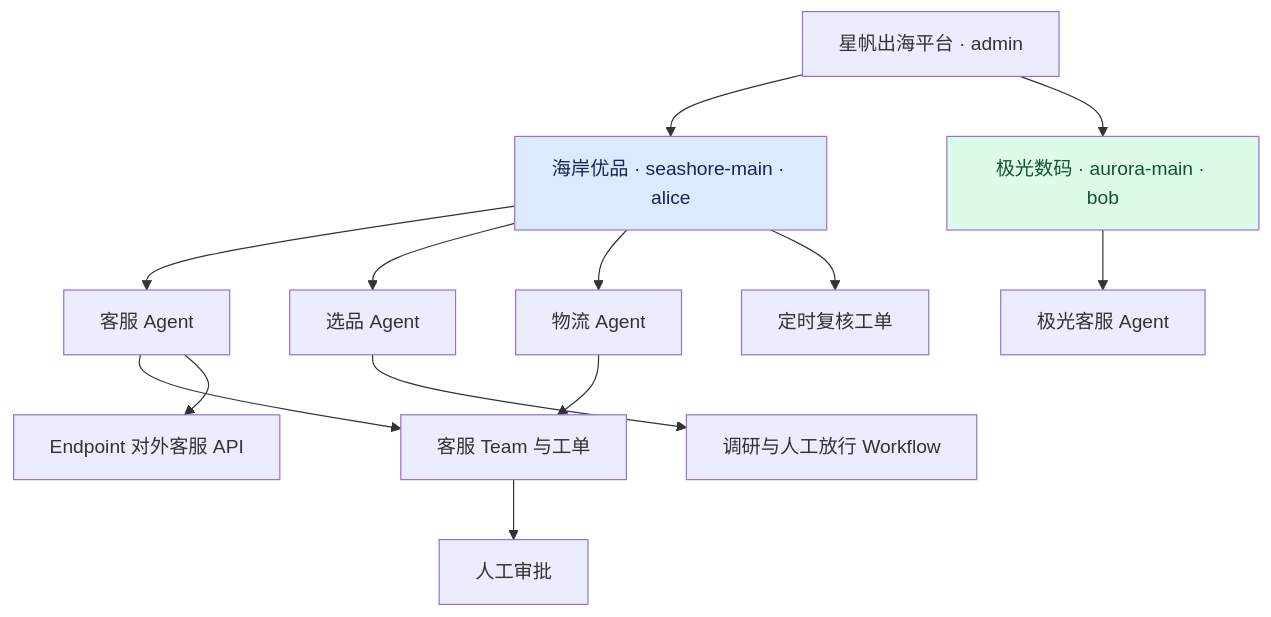
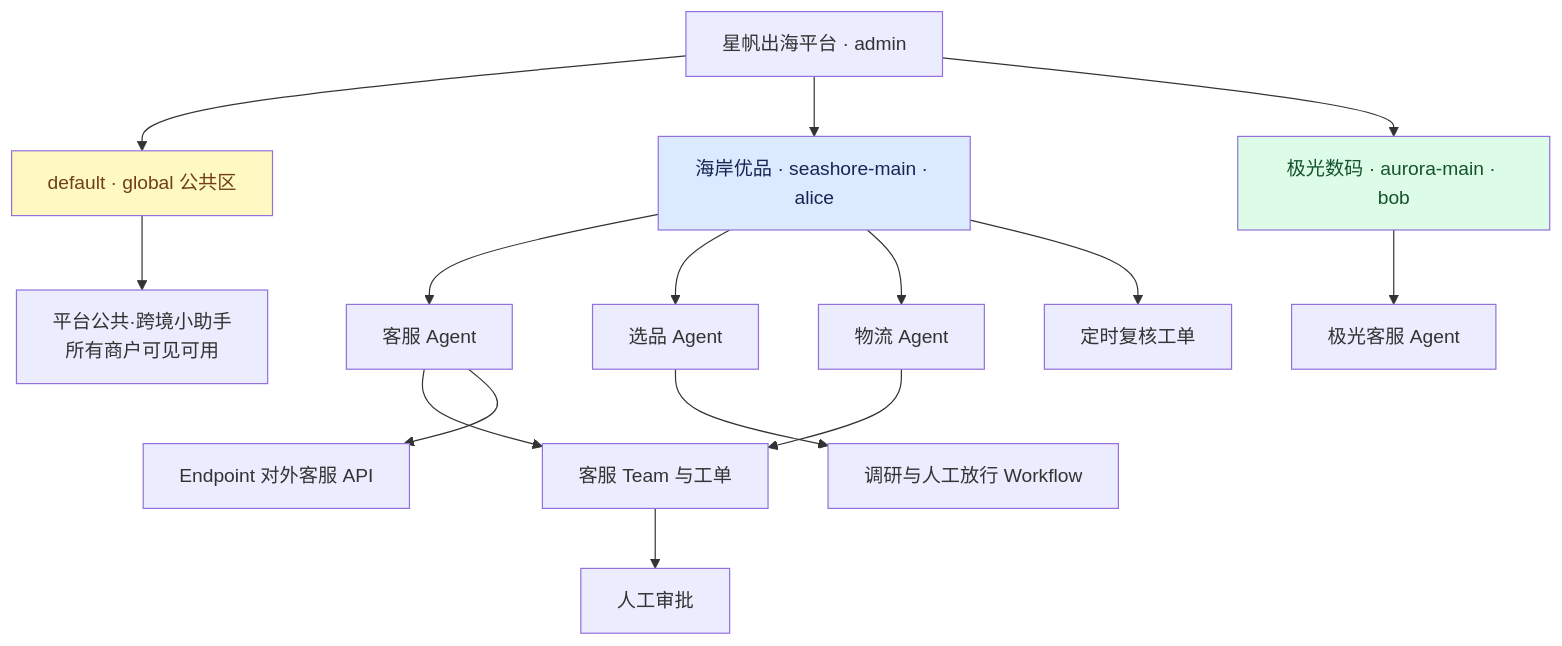
Before and after one commit to ybak/agentscope-2.0-tutorial: the first of 2 diagrams in demo/cross-border-commerce/README.md, drawn with Mermaid. The commit also changed other lines of this file, not shown here.

````diff
--- a/demo/cross-border-commerce/README.md
+++ b/demo/cross-border-commerce/README.md
@@ -7,17 +7,20 @@
 ```mermaid
 flowchart TD
-    P[星帆出海平台 · admin] --> S[海岸优品 · seashore-main · alice]
+    P[星帆出海平台 · admin] --> GD[default · global 公共区]
+    P --> S[海岸优品 · seashore-main · alice]
     P --> A[极光数码 · aurora-main · bob]
+    GD --> PA[平台公共·跨境小助手<br/>所有商户可见可用]
     S --> CS[客服 Agent]
     S --> SC[选品 Agent]
     S --> LG[物流 Agent]
     A --> ACS[极光客服 Agent]
     CS --> T[客服 Team 与工单]
     LG --> T
     SC --> W[调研与人工放行 Workflow]
     CS --> E[Endpoint 对外客服 API]
     T --> H[人工审批]
     S --> AU[定时复核工单]
+    style GD fill:#fef9c3,color:#713f12
     style S fill:#dbeafe,color:#172554
     style A fill:#dcfce7,color:#14532d
 ```
````
